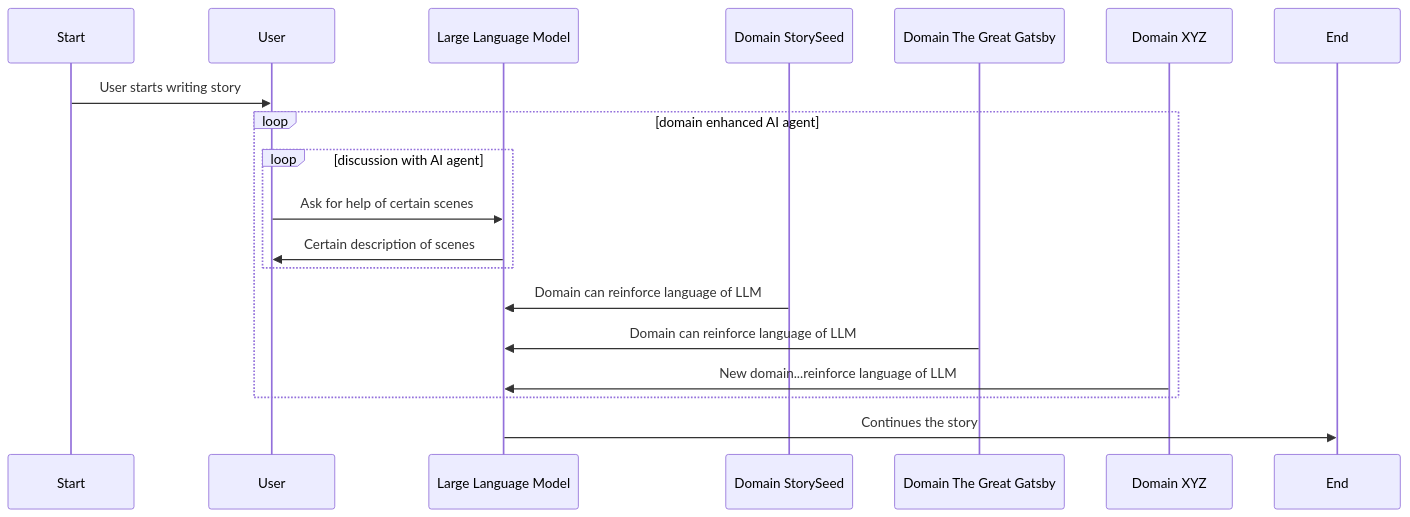
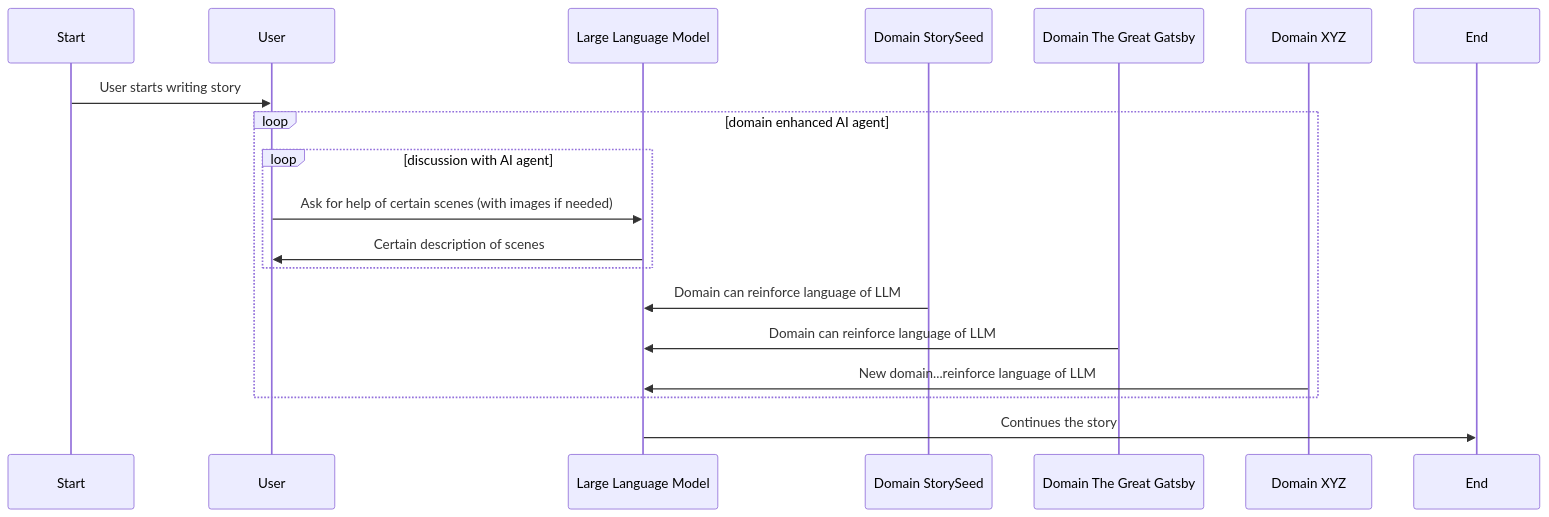
The diagram in examples/06_agent_coauthor.md (lliang25/system-diagram), drawn with Mermaid before and after one commit.

````diff
--- a/examples/06_agent_coauthor.md
+++ b/examples/06_agent_coauthor.md
@@ -3,27 +3,27 @@
 ```mermaid
 sequenceDiagram
 
   participant S as Start
   participant U as User
   participant L as Large Language Model
   participant DOM1 as Domain StorySeed
   participant DOM2 as Domain The Great Gatsby
   participant DOM3 as Domain XYZ
   participant ED as End
 
   S->>U: User starts writing story
 
   loop domain enhanced AI agent
     loop discussion with AI agent
-      U->>L: Ask for help of certain scenes
+      U->>L: Ask for help of certain scenes (with images if needed)
       L->>U: Certain description of scenes
     end
   
     DOM1->>L: Domain can reinforce language of LLM
     DOM2->>L: Domain can reinforce language of LLM
     DOM3->>L: New domain...reinforce language of LLM
 
   end
 
   L->>ED: Continues the story
 ```
````
